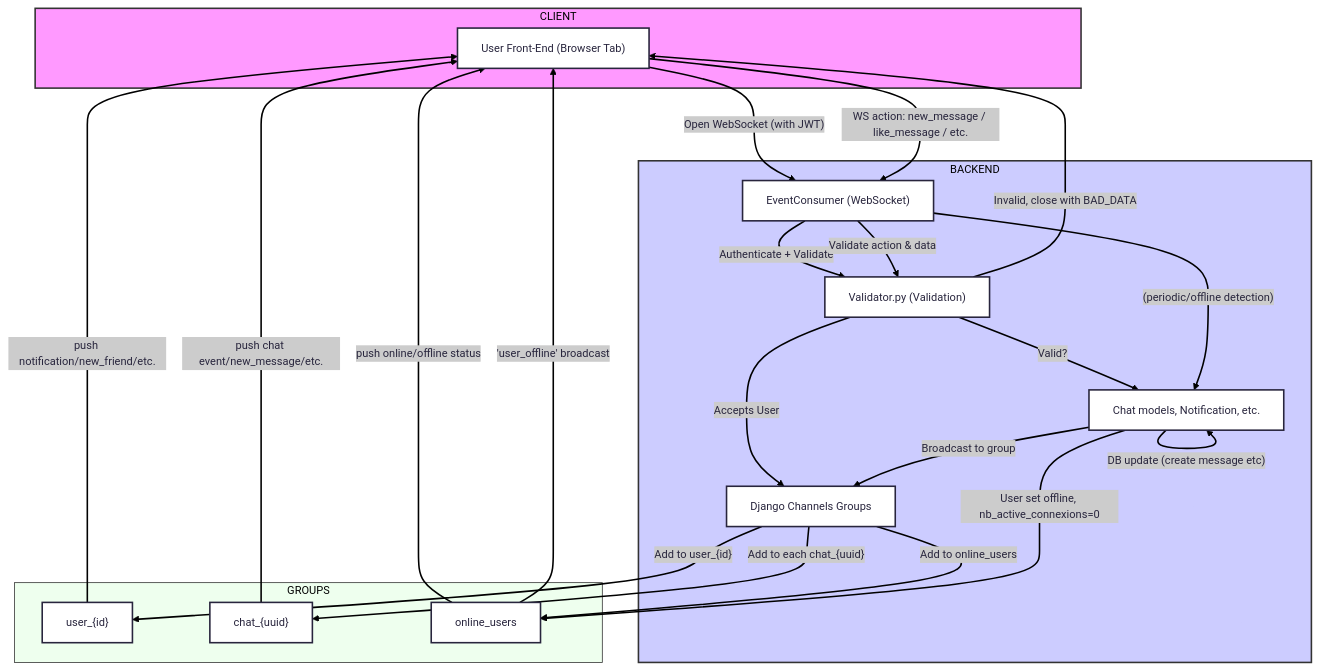
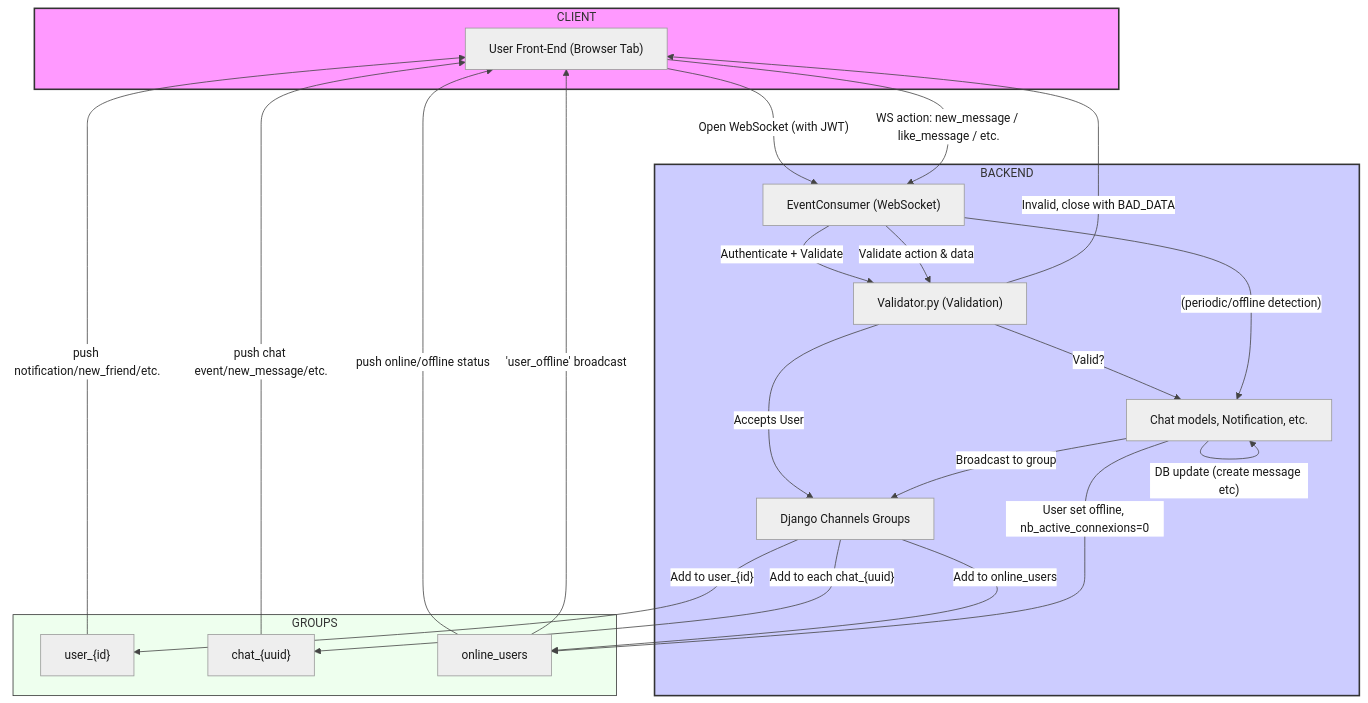
Before and after one commit to ysengoku/42-ft_transcendence: the diagram in doc/server/CHAT.md, drawn with Mermaid.

````diff
--- a/doc/server/CHAT.md
+++ b/doc/server/CHAT.md
@@ -167,64 +167,70 @@
 ```mermaid
 ---
 config:
   layout: dagre
   look: classic
-  theme: redux
+  theme: neutral
+  themeVariables:
+    lineColor: '#444'
+    textColor: '#191919'
+    fontSize: 15px
+    nodeTextColor: '#000'
+    edgeLabelBackground: '#fff'
 ---
 flowchart TD
   %% Clients
   subgraph CLIENT
   A["User Front-End (Browser Tab)"]
   end
 
 
   %% Backend components
   subgraph BACKEND
     B["EventConsumer (WebSocket)"]
     C["Validator.py (Validation)"]
     D[Chat models, Notification, etc.]
     E[Django Channels Groups]
   end
 
   %% WebSocket groups
   subgraph GROUPS
     F["user_{id}"]
     G["chat_{uuid}"]
     H["online_users"]
   end
 
   %% WebSocket handshake
   A -- "Open WebSocket (with JWT)" --> B
 
   %% Join groups after validation
   B -- "Authenticate + Validate" --> C
   C -- "Accepts User" --> E
   E -- "Add to user_{id}" --> F
   E -- "Add to online_users" --> H
   E -- "Add to each chat_{uuid}" --> G
 
   %% Real-time message flow
   A -- "WS action: new_message / like_message / etc." --> B
   B -- "Validate action & data" --> C
   C -- "Valid?" --> D
   D -- "DB update (create message etc)" --> D
   D -- "Broadcast to group" --> E
 
   %% Group broadcasts back to clients
   F -- "push notification/new_friend/etc." --> A
   G -- "push chat event/new_message/etc." --> A
   H -- "push online/offline status" --> A
 
   %% Error/Validation fails
   C -- "Invalid, close with BAD_DATA" --> A
 
   %% Crontab/Inactive disconnect
   B -- "(periodic/offline detection)" --> D
   D -- "User set offline, nb_active_connexions=0" --> H
   H -- "'user_offline' broadcast" --> A
 
   %% Styling
   style CLIENT fill:#f9f,stroke:#333,stroke-width:2px
   style BACKEND fill:#ccf,stroke:#333,stroke-width:2px
   style GROUPS fill:#efe,stroke:#333,stroke-width:1px
 ```
````
